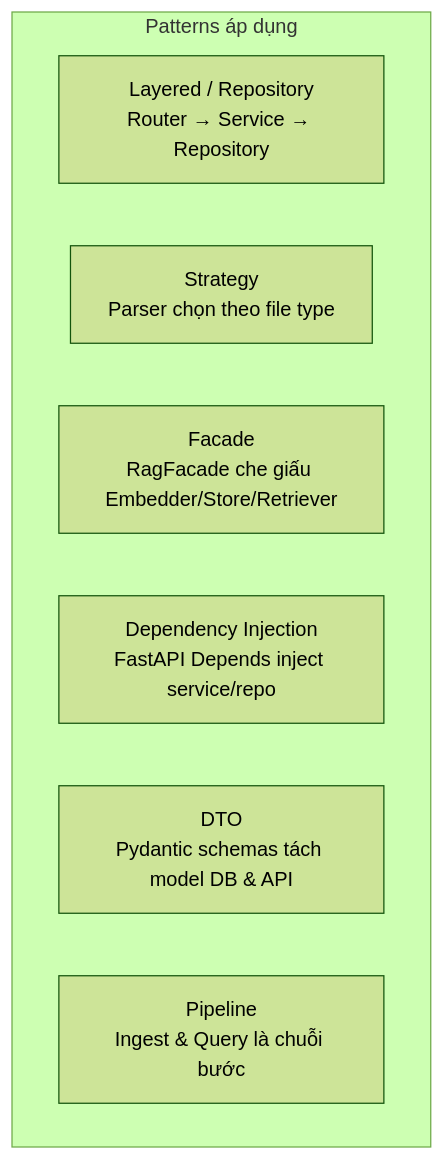
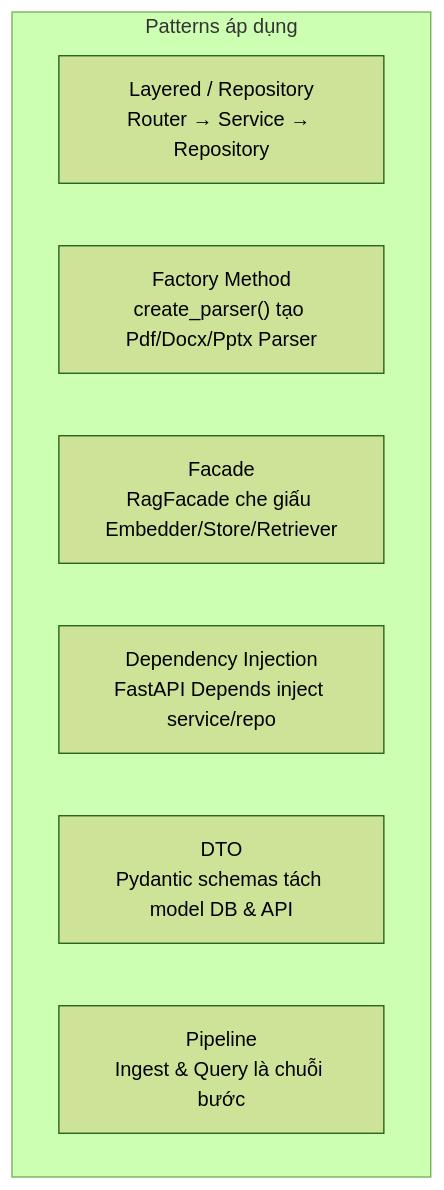
The eighth of 13 diagrams in docs/DESIGN.md (Scobydoo1/swd), drawn with Mermaid (forest theme) before and after one commit. The commit also changed other lines of this file and 3 other files, not shown here.

First line of the commit message:
Refactor document parsers to Factory Method pattern, add presentation notes

````diff
--- a/docs/DESIGN.md
+++ b/docs/DESIGN.md
@@ -443,11 +443,11 @@
 ```mermaid
 graph TB
     subgraph "Patterns áp dụng"
         P1["Layered / Repository<br/>Router → Service → Repository"]
-        P2["Strategy<br/>Parser chọn theo file type"]
+        P2["Factory Method<br/>create_parser() tạo Pdf/Docx/Pptx Parser"]
         P3["Facade<br/>RagFacade che giấu Embedder/Store/Retriever"]
         P4["Dependency Injection<br/>FastAPI Depends inject service/repo"]
         P5["DTO<br/>Pydantic schemas tách model DB & API"]
         P6["Pipeline<br/>Ingest & Query là chuỗi bước"]
     end
 ```
````
